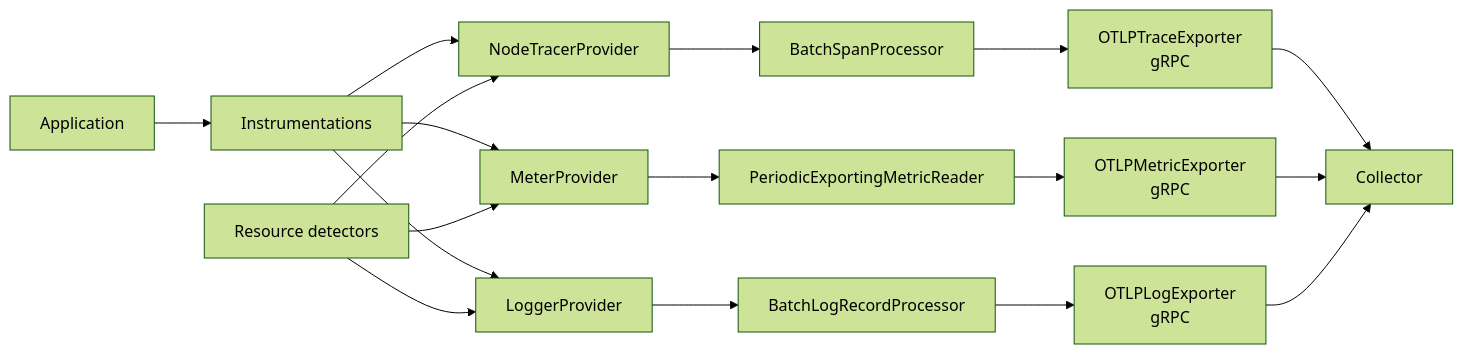
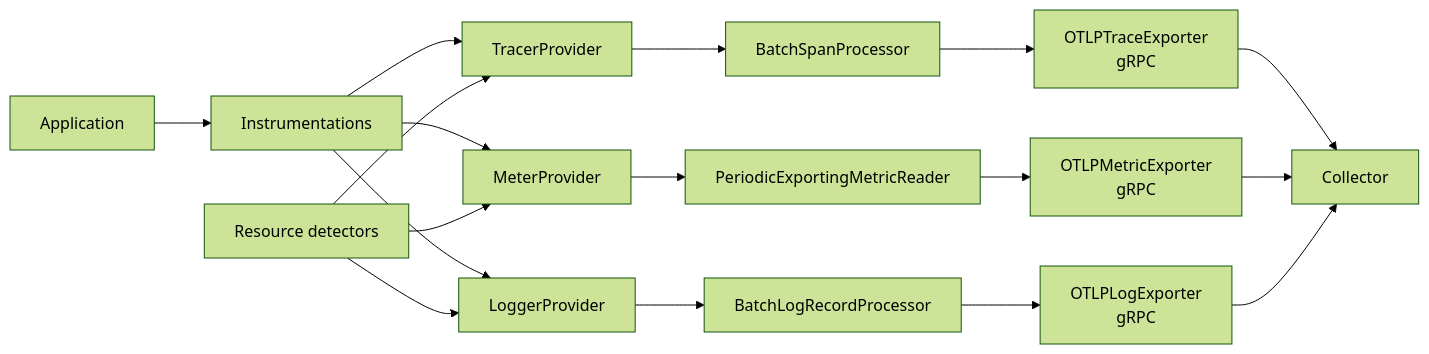
The diagram in docs/architecture.md (saidsef/tracing-node), drawn with Mermaid (forest theme) before and after one commit. The commit also changed other lines of this file and 4 other files, not shown here.

````diff
--- a/docs/architecture.md
+++ b/docs/architecture.md
@@ -7,19 +7,19 @@
 ```mermaid
 flowchart LR
   A[Application] --> B[Instrumentations]
-  B --> C[NodeTracerProvider]
+  B --> C[TracerProvider]
   C --> D[BatchSpanProcessor]
   D --> E[OTLPTraceExporter<br/>gRPC]
   E --> F[Collector]
   B --> G[MeterProvider]
   G --> H[PeriodicExportingMetricReader]
   H --> I[OTLPMetricExporter<br/>gRPC]
   I --> F
   B --> J[LoggerProvider]
   J --> K[BatchLogRecordProcessor]
   K --> L[OTLPLogExporter<br/>gRPC]
   L --> F
   R[Resource detectors] --> C
   R --> G
   R --> J
 ```
````
